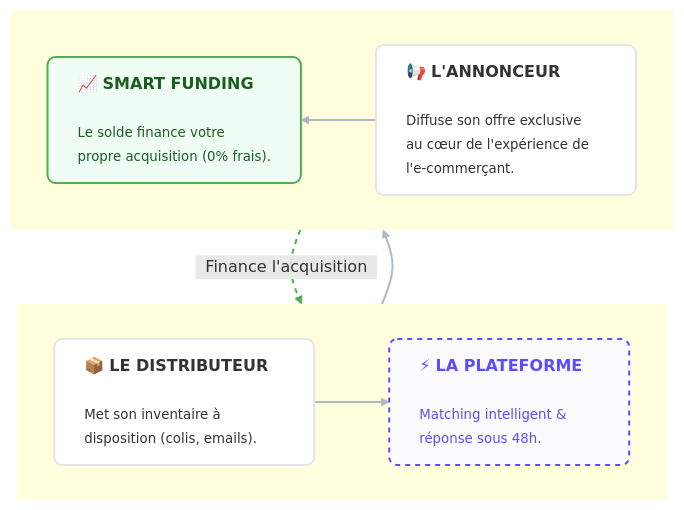
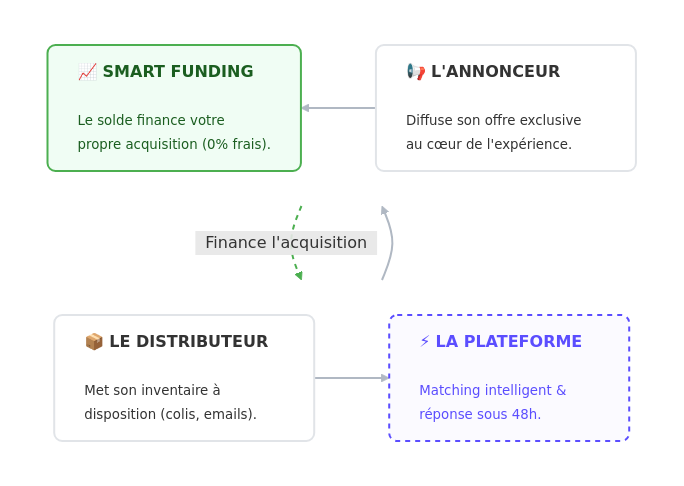
Before and after one commit to getinside-ops/handbook: the diagram in docs/fr/start-here/why-it-works.md, drawn with Mermaid. The commit also changed other lines of this file and 2 other files, not shown here.

Commit message:
update content

```diff
--- a/docs/fr/start-here/why-it-works.md
+++ b/docs/fr/start-here/why-it-works.md
@@ -19,44 +16,49 @@
 <div class="mermaid">
 flowchart TD
     %% --- STYLES ---
     classDef defaultCard fill:#ffffff,stroke:#e1e4e8,stroke-width:2px,color:#333,rx:8,ry:8;
     classDef techCard fill:#fbfaff,stroke:#5B4DFF,stroke-width:2px,stroke-dasharray: 5 5,color:#5B4DFF,rx:8,ry:8;
     classDef growthCard fill:#f0fdf4,stroke:#4CAF50,stroke-width:2px,color:#1b5e20,rx:8,ry:8;
 
     %% --- CONTENU ---
-    Node_Distri["<div style='text-align:left; min-width:180px'>📦 <b>LE DISTRIBUTEUR</b><br/><br/><small>Met son inventaire à disposition (colis, emails).<br/></small></div>"]
+    %% Note: J'ai sécurisé les chaînes HTML avec des guillemets
+    
+    Node_Distri["<div style='text-align:left; min-width:180px'>📦 <b>LE DISTRIBUTEUR</b><br/><br/><small>Met son inventaire à disposition (colis, emails).</small></div>"]
+    
     Node_Plat["<div style='text-align:left; min-width:180px'>⚡ <b>LA PLATEFORME</b><br/><br/><small>Matching intelligent &<br/>réponse sous 48h.</small></div>"]
-    Node_Adv["<div style='text-align:left; min-width:180px'>📢 <b>L'ANNONCEUR</b><br/><br/><small>Diffuse son offre exclusive au cœur de l'expérience de l'e-commerçant.<br/></small></div>"]
+    
+    Node_Adv["<div style='text-align:left; min-width:180px'>📢 <b>L'ANNONCEUR</b><br/><br/><small>Diffuse son offre exclusive au cœur de l'expérience.</small></div>"]
+    
     Node_Fund["<div style='text-align:left; min-width:180px'>📈 <b>SMART FUNDING</b><br/><br/><small>Le solde finance votre<br/>propre acquisition (0% frais).</small></div>"]
 
     %% --- STRUCTURE ---
+    
     subgraph Row1 [ ]
         direction LR
         Node_Distri --> Node_Plat
     end
 
     subgraph Row2 [ ]
         direction RL
         Node_Adv --> Node_Fund
     end
 
+    %% Liens Verticaux
     Node_Plat --> Node_Adv
-
-    %% --- LE LIEN MODIFIÉ ---
-    %% On injecte du HTML ici pour le fond vert du texte
+    
+    %% Lien de retour avec style HTML
     Node_Fund -->|"<span style='background-color:#f0fdf4; color:#1b5e20; padding:5px 10px; border:1px solid #4CAF50; border-radius:12px;'>Finance l'acquisition</span>"| Node_Distri
 
     %% --- APPLICATION DES STYLES ---
     class Node_Distri,Node_Adv defaultCard;
     class Node_Plat techCard;
     class Node_Fund growthCard;
     
-    %% Style par défaut (Gris)
+    %% Styles des liens
     linkStyle 0,1,2 stroke:#b0b8c3,stroke-width:2px,fill:none;
-
-    %% Style Spécifique pour le 4ème lien (Index 3) : VERT + POINTILLÉS
     linkStyle 3 stroke:#4CAF50,stroke-width:2px,stroke-dasharray: 5 5,fill:none;
 
-    style Row1 stroke:none
-    style Row2 stroke:none
+    %% --- SUPPRESSION DES BORDURES ---
+    style Row1 fill:none,stroke:none
+    style Row2 fill:none,stroke:none
 </div>
```
